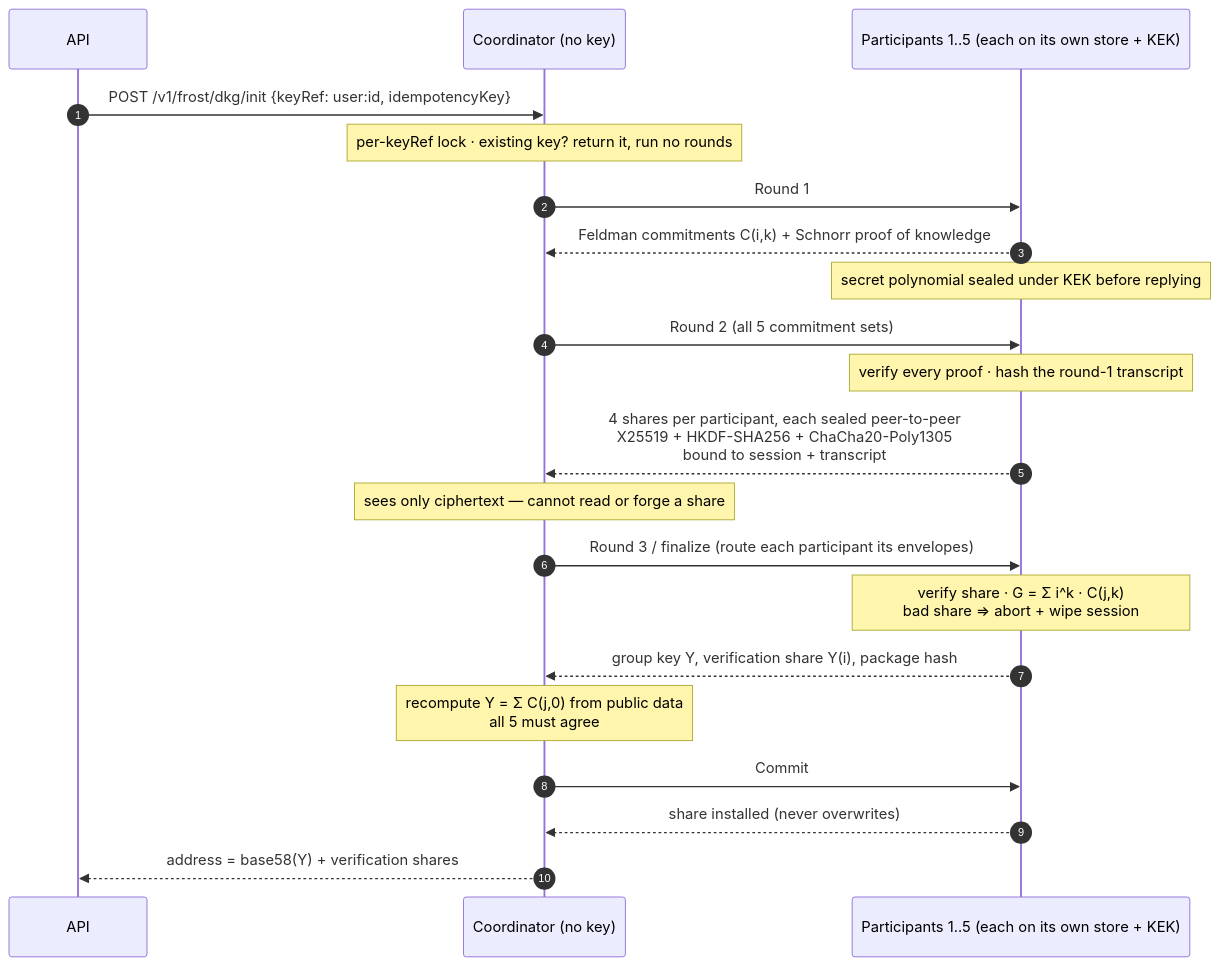
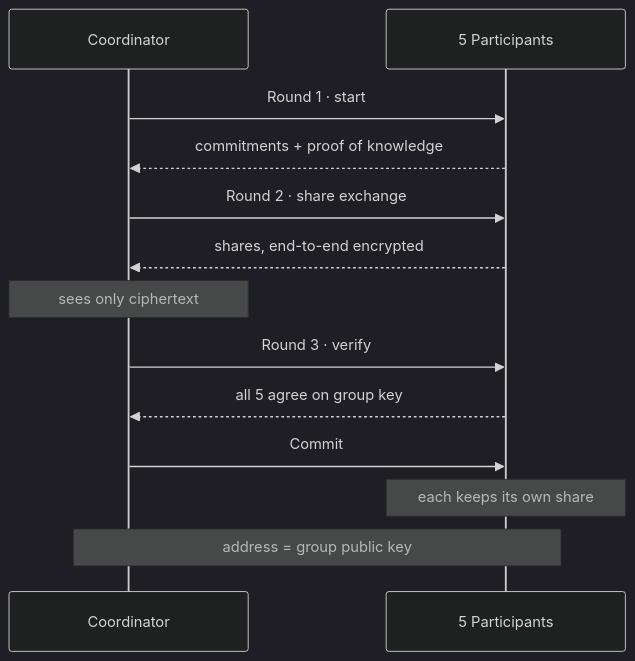
One commit to DevanshBehl/CEX changed the second of 4 diagrams in wallet/linkedin.md. Above: the diagram before and after it, drawn with Mermaid. The commit also changed other lines of this file and 4 other files, not shown here.

````diff
--- a/wallet/linkedin.md
+++ b/wallet/linkedin.md
@@ -83,28 +38,17 @@
 ```mermaid
+%%{init: {"theme": "dark", "themeVariables": {"fontSize": "26px", "fontFamily": "Helvetica, Arial, sans-serif"}, "sequence": {"actorFontSize": 26, "messageFontSize": 24, "noteFontSize": 22, "boxMargin": 14, "actorMargin": 120, "width": 260}}}%%
 sequenceDiagram
-    autonumber
-    participant API as API
-    participant C as Coordinator (no key)
-    participant P as Participants 1..5 (each on its own store + KEK)
+    participant C as Coordinator
+    participant P as 5 Participants
 
-    API->>C: POST /v1/frost/dkg/init {keyRef: user:id, idempotencyKey}
-    Note over C: per-keyRef lock · existing key? return it, run no rounds
-
-    C->>P: Round 1
-    P-->>C: Feldman commitments C(i,k) + Schnorr proof of knowledge
-    Note over P: secret polynomial sealed under KEK before replying
-
-    C->>P: Round 2 (all 5 commitment sets)
-    Note over P: verify every proof · hash the round-1 transcript
-    P-->>C: 4 shares per participant, each sealed peer-to-peer<br/>X25519 + HKDF-SHA256 + ChaCha20-Poly1305<br/>bound to session + transcript
-    Note over C: sees only ciphertext — cannot read or forge a share
-
-    C->>P: Round 3 / finalize (route each participant its envelopes)
-    Note over P: verify share · G = Σ i^k · C(j,k)<br/>bad share ⇒ abort + wipe session
-    P-->>C: group key Y, verification share Y(i), package hash
-    Note over C: recompute Y = Σ C(j,0) from public data<br/>all 5 must agree
-
+    C->>P: Round 1 · start
+    P-->>C: commitments + proof of knowledge
+    C->>P: Round 2 · share exchange
+    P-->>C: shares, end-to-end encrypted
+    Note over C: sees only ciphertext
+    C->>P: Round 3 · verify
+    P-->>C: all 5 agree on group key
     C->>P: Commit
-    P-->>C: share installed (never overwrites)
-    C-->>API: address = base58(Y) + verification shares
+    Note over P: each keeps its own share
+    Note over C,P: address = group public key
 ```
````
